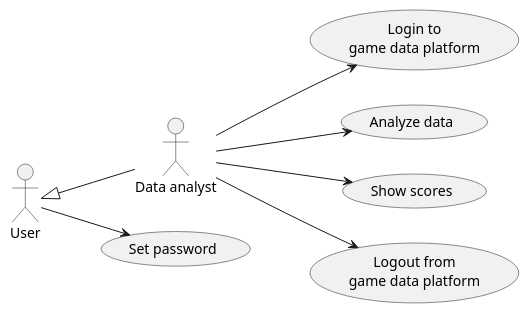
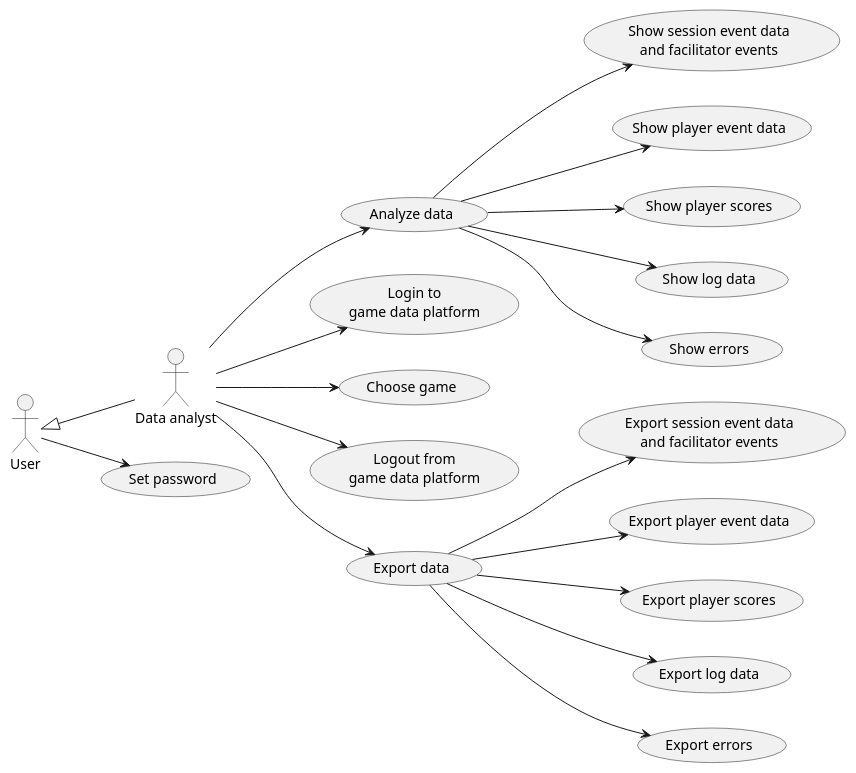
The diagram in doc/1-use-cases/diagrams/game-data-analysis.puml (averbraeck/gscg-design), drawn with PlantUML before and after one commit. The commit also changed 2 other files, not shown here.

Commit message:
Issue #8. Export functions have been added to the data analytics use case

```diff
--- a/doc/1-use-cases/diagrams/game-data-analysis.puml
+++ b/doc/1-use-cases/diagrams/game-data-analysis.puml
@@ -1,14 +1,29 @@
 @startuml
 left to right direction
 
 "Data analyst" as DA
 User <|-- DA
 
 User --> (Set password)
 
+DA --> (Analyze data)
+(Analyze data) --> (Show session event data\nand facilitator events)
+(Analyze data) --> (Show player event data)
+(Analyze data) --> (Show player scores)
+(Analyze data) --> (Show log data)
+(Analyze data) --> (Show errors)
+
 DA --> (Login to\ngame data platform)
-DA --> (Analyze data)
-DA --> (Show scores)
+
+DA --> (Choose game)
+
 DA --> (Logout from\ngame data platform)
 
+DA --> (Export data)
+(Export data) --> (Export session event data\nand facilitator events)
+(Export data) --> (Export player event data)
+(Export data) --> (Export player scores)
+(Export data) --> (Export log data)
+(Export data) --> (Export errors)
+
 @enduml
```
